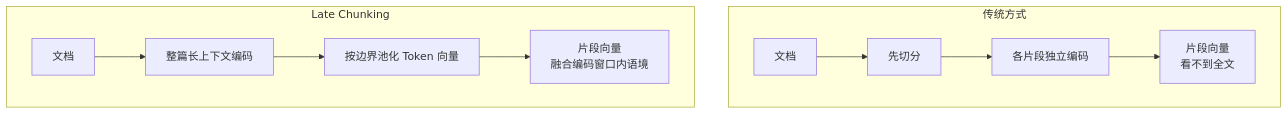
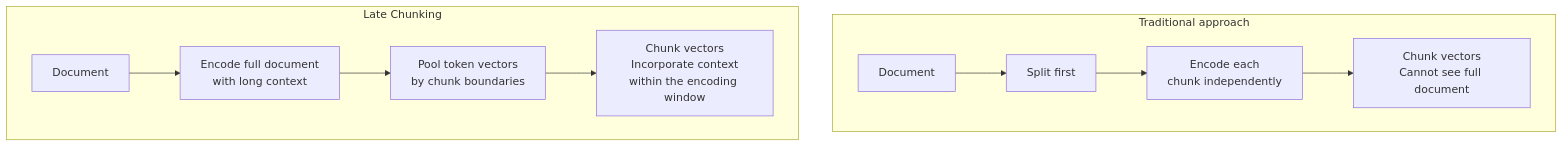
Before and after one commit to oneleaveknowsthefall/awesome-ai-roadmap: the fourth of 4 diagrams in docs/rag/02-ingestion-indexing/05-semantic-truncation.md, drawn with Mermaid. The commit also changed other lines of this file and 60 other files, not shown here.

````diff
--- a/docs/rag/02-ingestion-indexing/05-semantic-truncation.md
+++ b/docs/rag/02-ingestion-indexing/05-semantic-truncation.md
@@ -147,14 +149,14 @@
 ```mermaid
 flowchart TB
-    subgraph TRAD[传统方式]
-        D1[文档] --> C1[先切分]
-        C1 --> E1[各片段独立编码]
-        E1 --> V1[片段向量<br/>看不到全文]
+    subgraph TRAD[Traditional approach]
+        D1[Document] --> C1[Split first]
+        C1 --> E1[Encode each<br/>chunk independently]
+        E1 --> V1[Chunk vectors<br/>Cannot see full document]
     end
 
     subgraph LATE[Late Chunking]
-        D2[文档] --> E2[整篇长上下文编码]
-        E2 --> C2[按边界池化 Token 向量]
-        C2 --> V2[片段向量<br/>融合编码窗口内语境]
+        D2[Document] --> E2[Encode full document<br/>with long context]
+        E2 --> C2[Pool token vectors<br/>by chunk boundaries]
+        C2 --> V2[Chunk vectors<br/>Incorporate context<br/>within the encoding window]
     end
 ```
````
